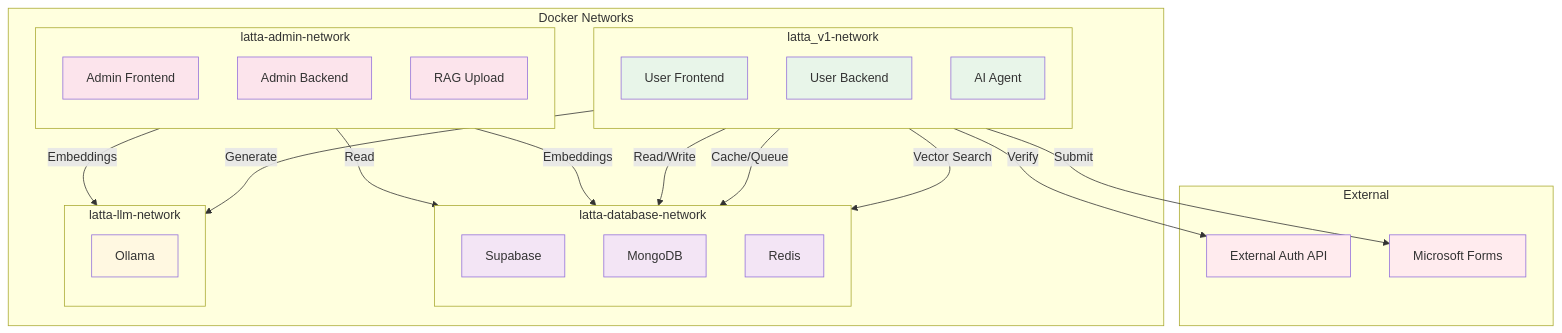
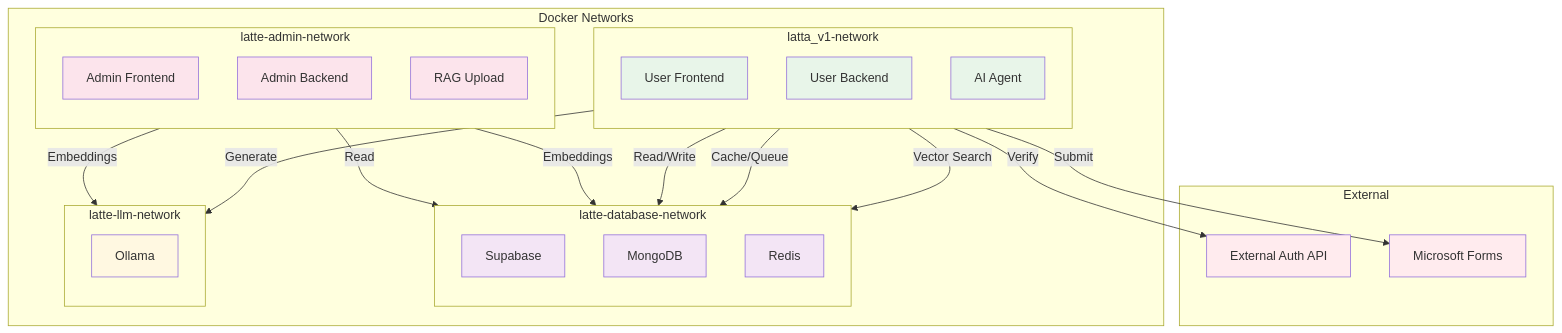
The tenth of 15 diagrams in ARCHITECTURE.md (AtiwitchJ/customer-service-ai-chatbot), drawn with Mermaid before and after one commit. The commit also changed other lines of this file and 1769 other files, not shown here.

First line of the commit message:
refactor: rename project components from 'latta' to 'latte' and update configurations

````diff
--- a/ARCHITECTURE.md
+++ b/ARCHITECTURE.md
@@ -569,62 +569,62 @@
 ```mermaid
 graph TB
     subgraph DockerNetworks["Docker Networks"]
-        subgraph DatabaseNet["latta-database-network"]
+        subgraph DatabaseNet["latte-database-network"]
             direction TB
             DB1[Supabase]
             DB2[MongoDB]
             DB3[Redis]
         end
         
         subgraph UserNet["latta_v1-network"]
             direction TB
             U1[User Frontend]
             U2[User Backend]
             U3[AI Agent]
         end
         
-        subgraph AdminNet["latta-admin-network"]
+        subgraph AdminNet["latte-admin-network"]
             direction TB
             A1[Admin Frontend]
             A2[Admin Backend]
             A3[RAG Upload]
         end
         
-        subgraph LLMNet["latta-llm-network"]
+        subgraph LLMNet["latte-llm-network"]
             direction TB
             L1[Ollama]
         end
     end
     
     subgraph ExternalNet["External"]
         EXT1[External Auth API]
         EXT2[Microsoft Forms]
     end
     
     %% Cross-network connections
     U2 -->|Read/Write| DB2
     U2 -->|Cache/Queue| DB3
     U3 -->|Vector Search| DB1
     
     A2 -->|Read| DB1
     A3 -->|Embeddings| DB1
     
     U3 -->|Generate| L1
     A3 -->|Embeddings| L1
     
     U2 -->|Verify| EXT1
     U3 -->|Submit| EXT2
     
     %% Styling
     classDef db fill:#f3e5f5
     classDef user fill:#e8f5e9
     classDef admin fill:#fce4ec
     classDef llm fill:#fff8e1
     classDef ext fill:#ffebee
     
     class DB1,DB2,DB3 db
     class U1,U2,U3 user
     class A1,A2,A3 admin
     class L1 llm
     class EXT1,EXT2 ext
 ```
````
